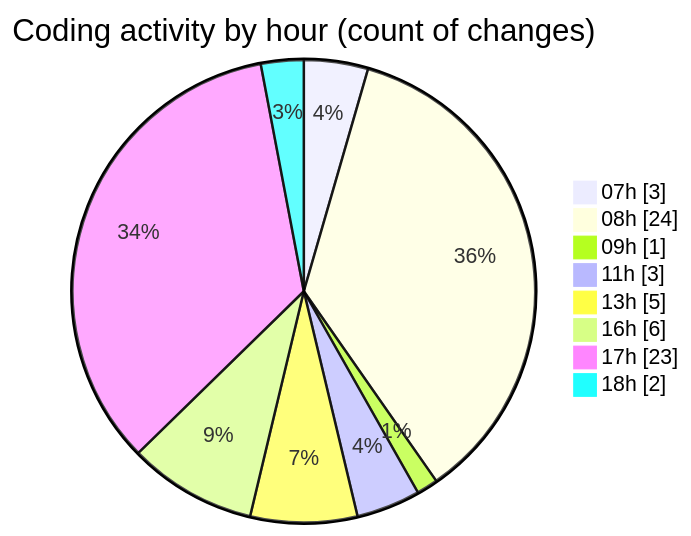
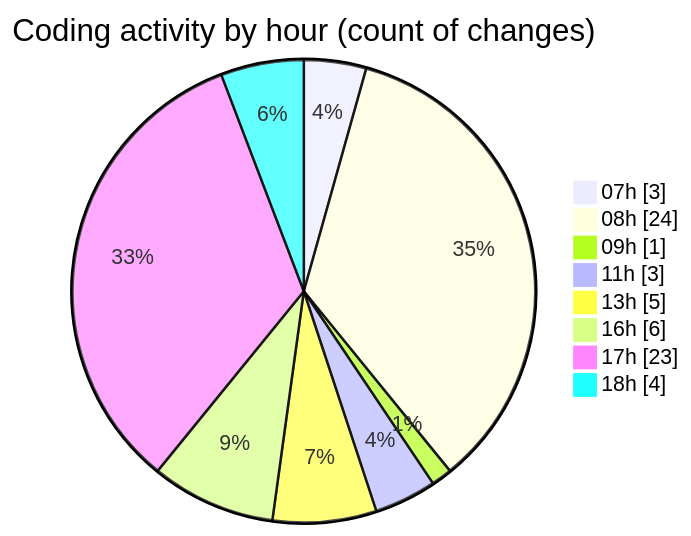
One commit to becaeroporto-bot/code-tracking changed the second of 2 diagrams in 2026-02-20/bot_i_a/README.md. Above: the diagram before and after it, drawn with Mermaid. The commit also changed other lines of this file and 1 other file, not shown here.

````diff
--- a/2026-02-20/bot_i_a/README.md
+++ b/2026-02-20/bot_i_a/README.md
@@ -53,12 +53,12 @@
 ```mermaid
 pie showData
 title Coding activity by hour (count of changes)
 "07h" : 3
 "08h" : 24
 "09h" : 1
 "11h" : 3
 "13h" : 5
 "16h" : 6
 "17h" : 23
-"18h" : 2
+"18h" : 4
 ```
````
